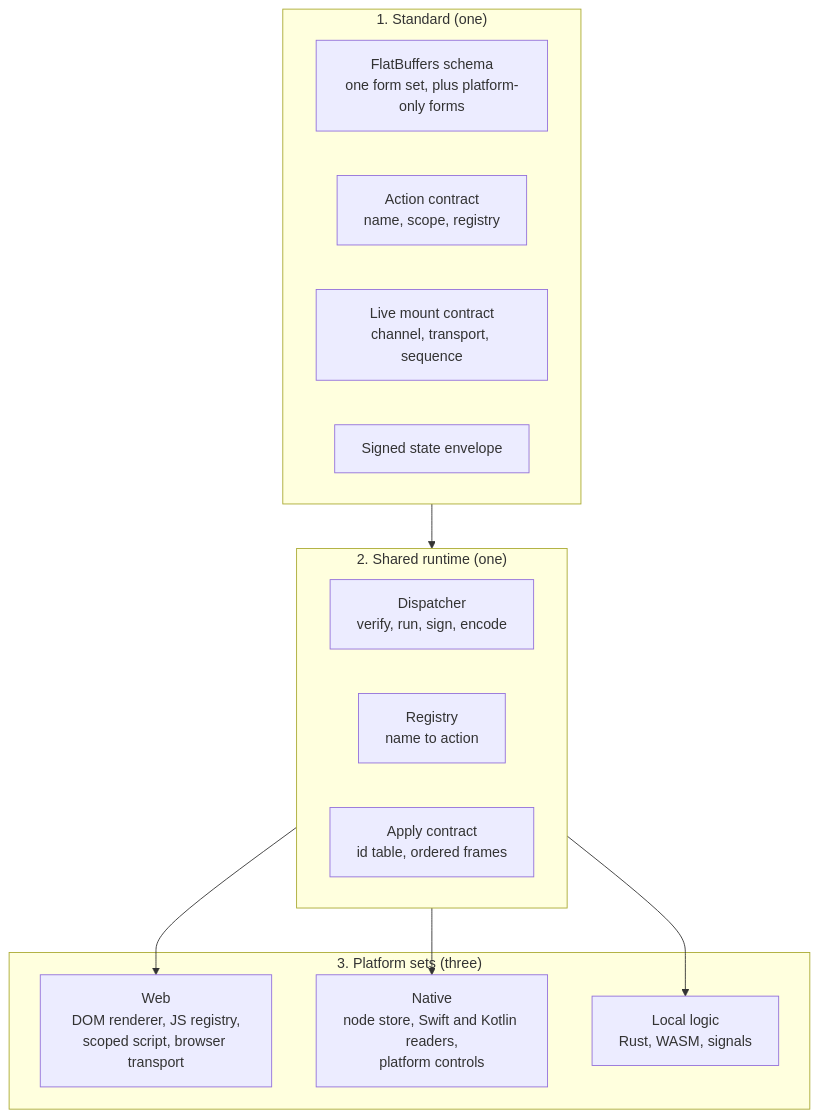
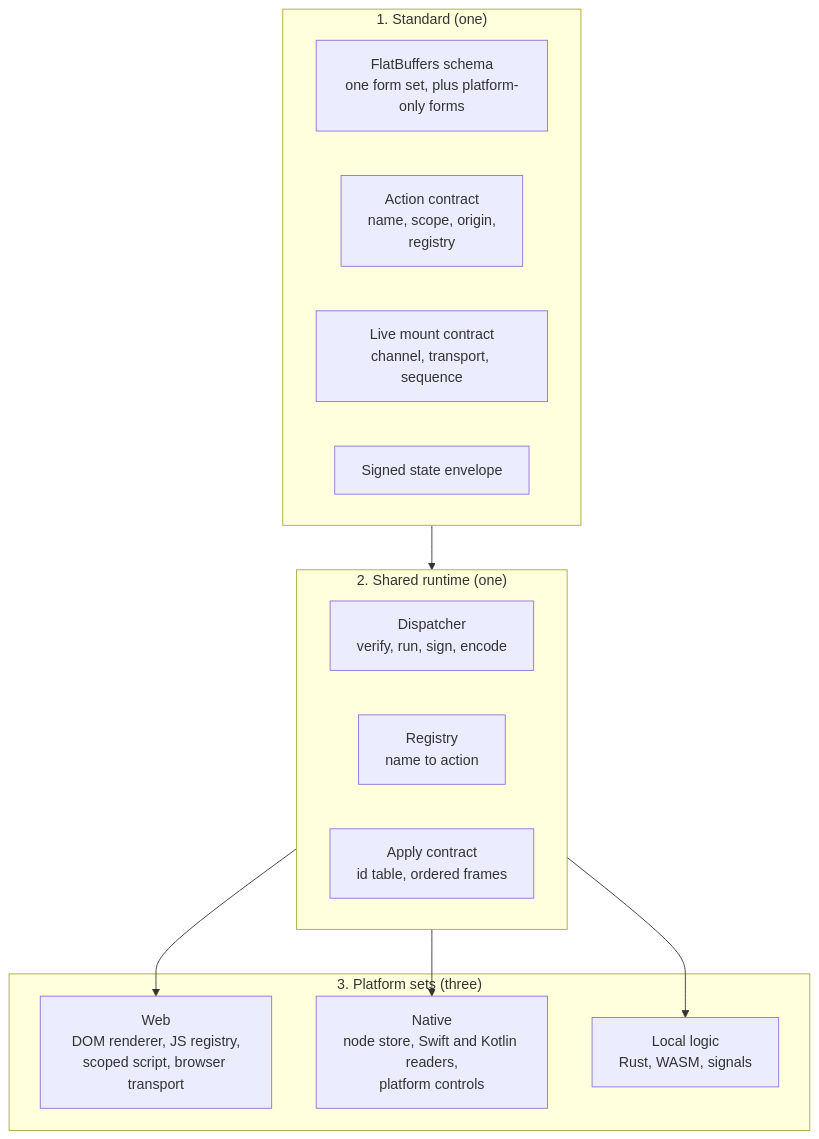
One commit to ewe-studios/ewe_platform changed the first of 2 diagrams in specifications/69-foundation-ui-v2/research/13-platform-capabilities.md. Above: the diagram before and after it, drawn with Mermaid. The commit also changed other lines of this file and 9 other files, not shown here.

Commit message:
Record the action scope and origin markers in the spec 69 research

````diff
--- a/specifications/69-foundation-ui-v2/research/13-platform-capabilities.md
+++ b/specifications/69-foundation-ui-v2/research/13-platform-capabilities.md
@@ -30,23 +30,23 @@
 ```mermaid
 flowchart TB
     subgraph STD["1. Standard (one)"]
         SCH["FlatBuffers schema<br/>one form set, plus platform-only forms"]
-        ACT["Action contract<br/>name, scope, registry"]
+        ACT["Action contract<br/>name, scope, origin,<br/>registry"]
         LIVE["Live mount contract<br/>channel, transport, sequence"]
         STATE["Signed state envelope"]
     end
     subgraph RUN["2. Shared runtime (one)"]
         DIS["Dispatcher<br/>verify, run, sign, encode"]
         REG["Registry<br/>name to action"]
         APP["Apply contract<br/>id table, ordered frames"]
     end
     subgraph PLAT["3. Platform sets (three)"]
         W["Web<br/>DOM renderer, JS registry,<br/>scoped script, browser transport"]
         N["Native<br/>node store, Swift and Kotlin readers,<br/>platform controls"]
         L["Local logic<br/>Rust, WASM, signals"]
     end
     STD --> RUN
     RUN --> W
     RUN --> N
     RUN --> L
 ```
````
